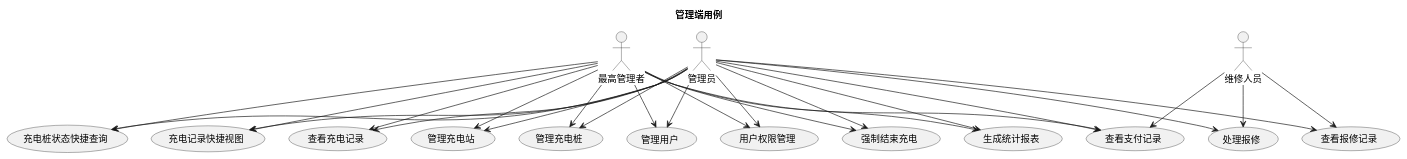
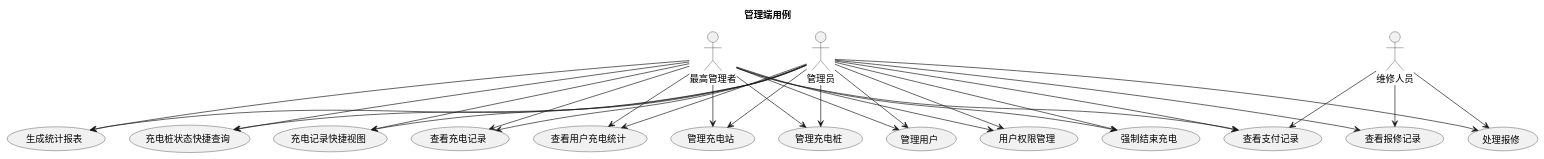
The diagram in usecase/docs/overview/src/admin_usecases.puml (greenhandzdl/charging-station-doc), drawn with PlantUML before and after one commit. The commit also changed 25 other files, not shown here.

First line of the commit message:
fix: 第2轮评估修复 — 用例图权限补全、时序图安全注解与HTTPS、密码重置令牌优化

```diff
--- a/usecase/docs/overview/src/admin_usecases.puml
+++ b/usecase/docs/overview/src/admin_usecases.puml
@@ -1,49 +1,52 @@
 @startuml
 skinparam defaultFontName "Noto Sans CJK SC"
 skinparam defaultFontSize 14
 title 管理端用例
 skinparam useCaseShape rectangle
 
 actor "管理员" as A
 actor "最高管理者" as SA
 actor "维修人员" as M
 
 usecase "管理充电站" as MS
 usecase "管理充电桩" as MC
 usecase "管理用户" as MU
 usecase "用户权限管理" as PM
 usecase "处理报修" as HR
 usecase "查看报修记录" as VR
 usecase "强制结束充电" as FSC
 usecase "生成统计报表" as GS
 usecase "充电桩状态快捷查询" as QC
 usecase "充电记录快捷视图" as QV
 usecase "查看支付记录" as VPR
 usecase "查看充电记录" as VCR
+usecase "查看用户充电统计" as UCS
 
 A --> MS
 A --> MC
 A --> MU
 A --> PM
 A --> HR
 A --> VR
 A --> FSC
 A --> VPR
 A --> GS
 A --> QC
 A --> QV
 A --> VCR
+A --> UCS
 SA --> MS
 SA --> MC
 SA --> PM
 SA --> MU
 SA --> VPR
 SA --> GS
 SA --> FSC
 SA --> QC
 SA --> QV
 SA --> VCR
+SA --> UCS
 M --> HR
 M --> VR
 M --> VPR
 @enduml
```
